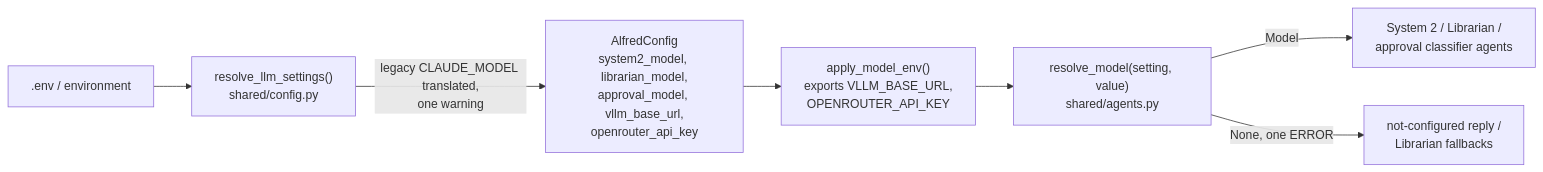
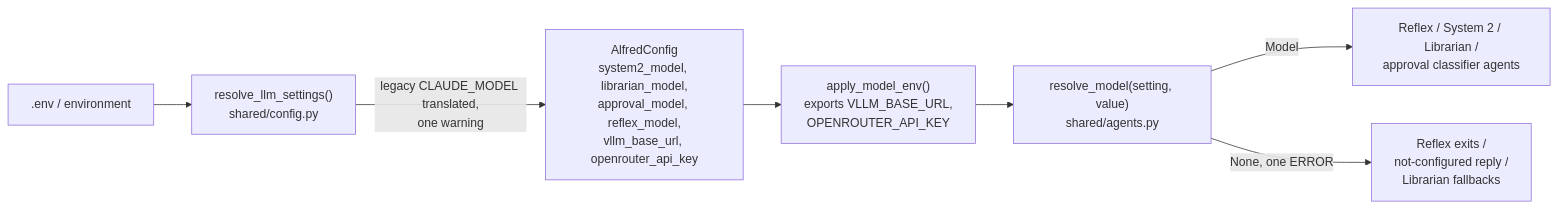
One commit to anirudhlath/alfred changed the first of 2 diagrams in docs/llm.md. Above: the diagram before and after it, drawn with Mermaid. The commit also changed other lines of this file and 50 other files, not shown here.

````diff
--- a/docs/llm.md
+++ b/docs/llm.md
@@ -26,9 +23,9 @@
 ```mermaid
 flowchart LR
     Env[".env / environment"] --> R["resolve_llm_settings()<br/>shared/config.py"]
-    R -->|legacy CLAUDE_MODEL translated,<br/>one warning| C["AlfredConfig<br/>system2_model, librarian_model,<br/>approval_model, vllm_base_url,<br/>openrouter_api_key"]
+    R -->|legacy CLAUDE_MODEL translated,<br/>one warning| C["AlfredConfig<br/>system2_model, librarian_model,<br/>approval_model, reflex_model,<br/>vllm_base_url, openrouter_api_key"]
     C --> A["apply_model_env()<br/>exports VLLM_BASE_URL,<br/>OPENROUTER_API_KEY"]
     A --> M["resolve_model(setting, value)<br/>shared/agents.py"]
-    M -->|Model| Agents["System 2 / Librarian /<br/>approval classifier agents"]
-    M -->|None, one ERROR| Fallback["not-configured reply /<br/>Librarian fallbacks"]
+    M -->|Model| Agents["Reflex / System 2 / Librarian /<br/>approval classifier agents"]
+    M -->|None, one ERROR| Fallback["Reflex exits /<br/>not-configured reply /<br/>Librarian fallbacks"]
 ```
````
